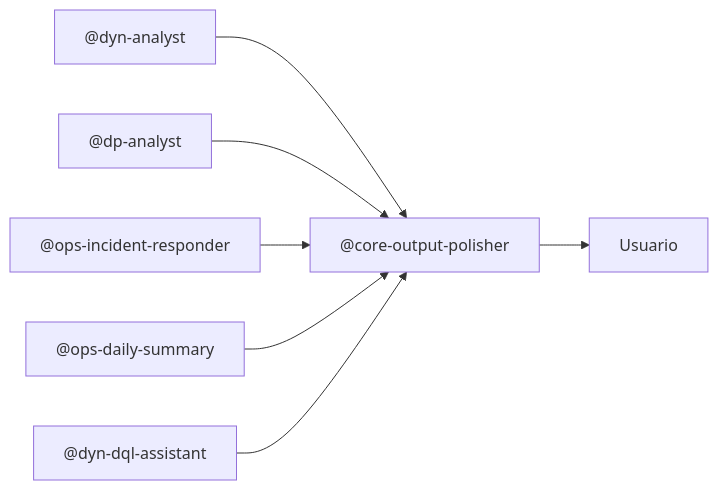
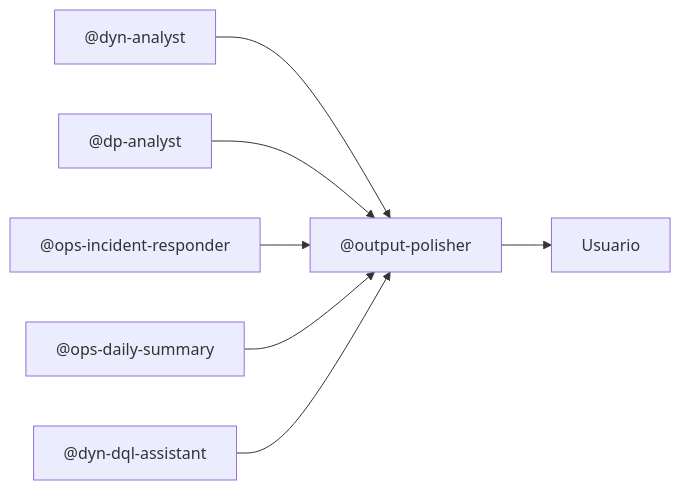
The diagram in .github/agents/core/core-output-polisher.agent.md (johansparra/ai-carib-intelligence-agent), drawn with Mermaid before and after one commit. The commit also changed other lines of this file and 8 other files, not shown here.

````diff
--- a/.github/agents/core/core-output-polisher.agent.md
+++ b/.github/agents/core/core-output-polisher.agent.md
@@ -68,9 +82,9 @@
 ```mermaid
 graph LR
-    A["@dyn-analyst"] --> P["@core-output-polisher"]
+    A["@dyn-analyst"] --> P["@output-polisher"]
     B["@dp-analyst"] --> P
     C["@ops-incident-responder"] --> P
     D["@ops-daily-summary"] --> P
     E["@dyn-dql-assistant"] --> P
     P --> U["Usuario"]
 ```
````
